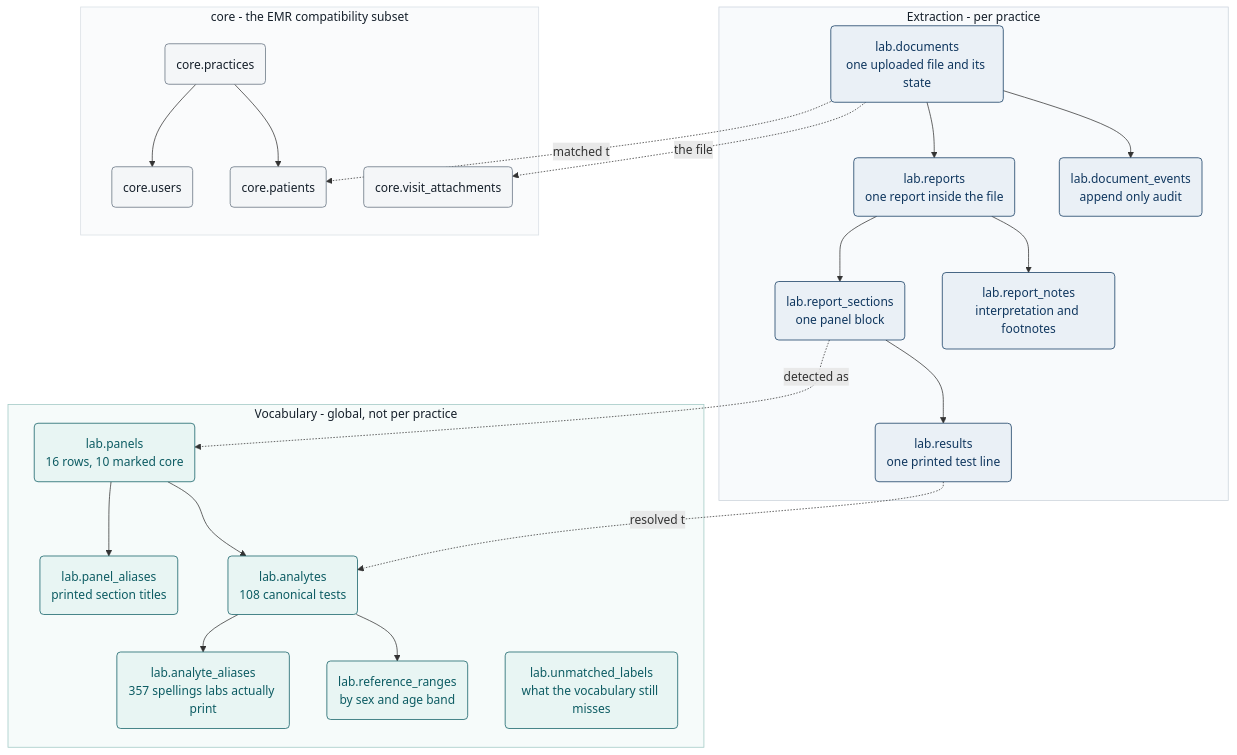
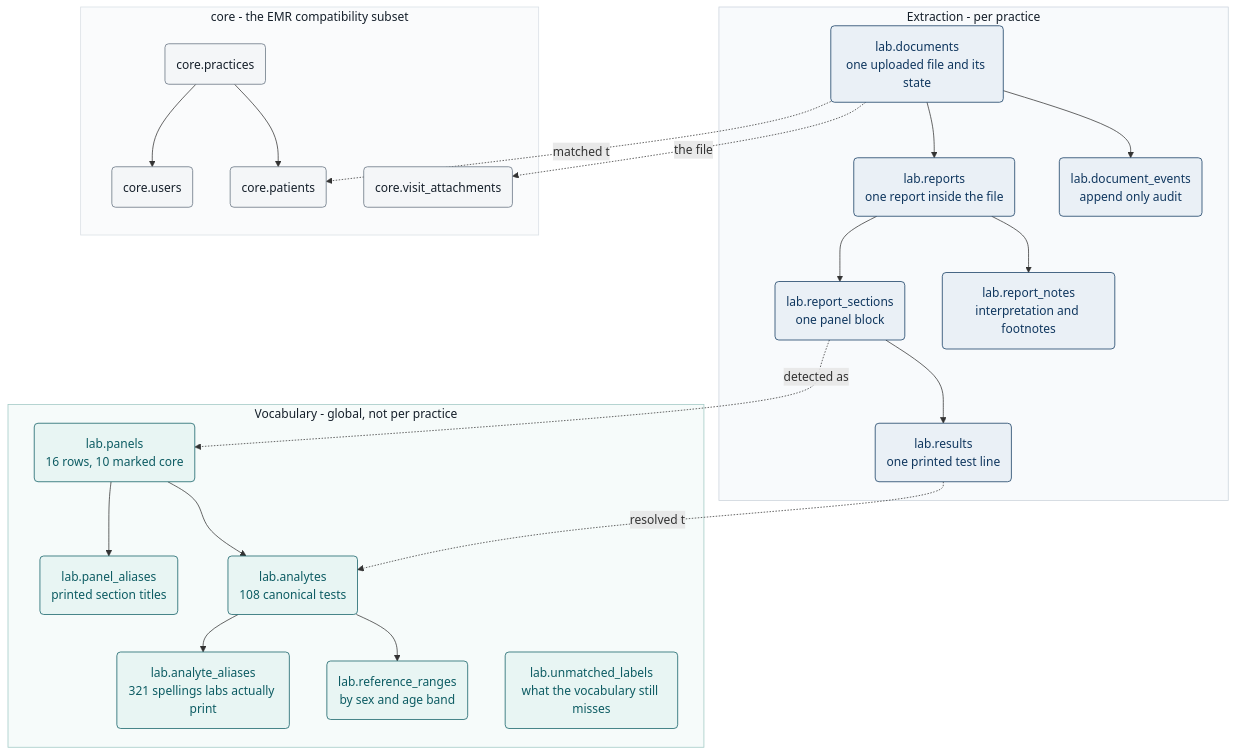
One commit to contexta-emr/lab-ai changed the sixth of 9 diagrams in docs/architecture.md. Above: the diagram before and after it, drawn with Mermaid. The commit also changed other lines of this file and 3 other files, not shown here.

````diff
--- a/docs/architecture.md
+++ b/docs/architecture.md
@@ -211,53 +211,53 @@
 ```mermaid
 flowchart TB
     subgraph vocab [Vocabulary - global, not per practice]
         PAN(lab.panels<br/>16 rows, 10 marked core)
         PALI(lab.panel_aliases<br/>printed section titles)
         ANA(lab.analytes<br/>108 canonical tests)
-        ALI(lab.analyte_aliases<br/>357 spellings labs actually print)
+        ALI(lab.analyte_aliases<br/>321 spellings labs actually print)
         REF(lab.reference_ranges<br/>by sex and age band)
         UNM(lab.unmatched_labels<br/>what the vocabulary still misses)
     end
 
     subgraph docs [Extraction - per practice]
         DOC(lab.documents<br/>one uploaded file and its state)
         REP(lab.reports<br/>one report inside the file)
         SEC(lab.report_sections<br/>one panel block)
         RES(lab.results<br/>one printed test line)
         NOT(lab.report_notes<br/>interpretation and footnotes)
         EVT(lab.document_events<br/>append only audit)
     end
 
     subgraph core [core - the EMR compatibility subset]
         PRA(core.practices)
         USR(core.users)
         PAT(core.patients)
         ATT(core.visit_attachments)
     end
 
     PAN --> PALI
     PAN --> ANA
     ANA --> ALI
     ANA --> REF
     DOC --> REP
     REP --> SEC
     SEC --> RES
     REP --> NOT
     DOC --> EVT
     DOC -.matched to.-> PAT
     DOC -.the file.-> ATT
     RES -.resolved to.-> ANA
     SEC -.detected as.-> PAN
     PRA --> PAT
     PRA --> USR
 
     classDef v fill:#e8f5f3,stroke:#0d5c63,color:#0d5c63
     classDef d fill:#eaf0f6,stroke:#10375f,color:#10375f
     classDef c fill:#f4f6f8,stroke:#62707e,color:#16202b
     class PAN,PALI,ANA,ALI,REF,UNM v
     class DOC,REP,SEC,RES,NOT,EVT d
     class PRA,USR,PAT,ATT c
     style vocab fill:#f6fbfa,stroke:#9fc8c4,color:#16202b
     style docs fill:#f8fafc,stroke:#cbd3dc,color:#16202b
     style core fill:#fafbfc,stroke:#d8dee4,color:#16202b
 ```
````
